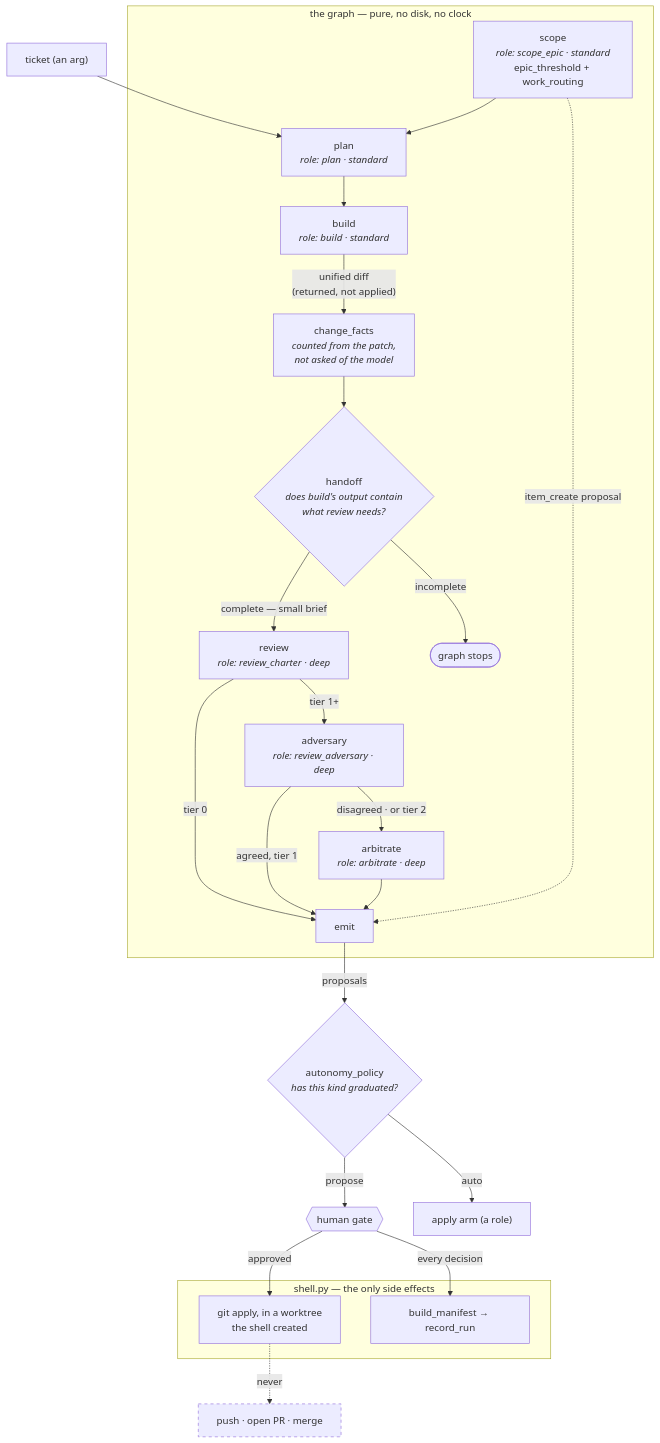
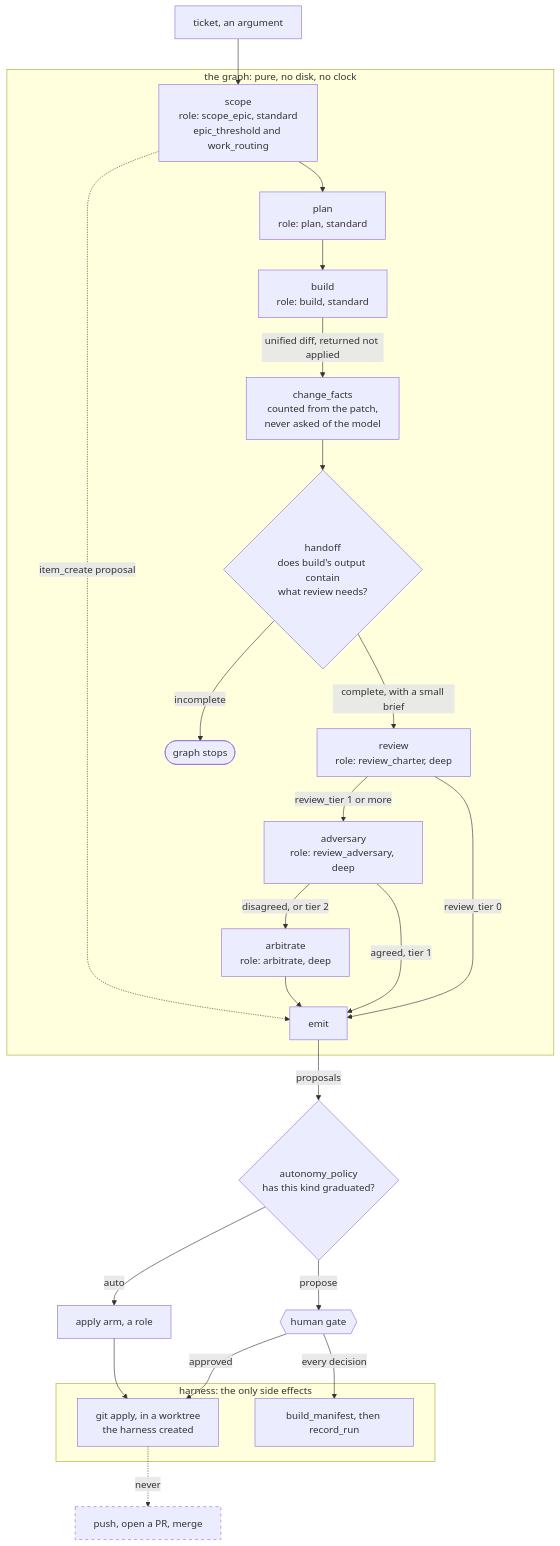
One commit to ppfenning/coxswain-graphs changed the diagram in graphs/delivery/lifecycle-propose.md. Above: the diagram before and after it, drawn with Mermaid. The commit also changed 1 other file, not shown here.

Commit message:
docs: the graph specs say harness, not shell.py
lifecycle-propose still drew its side-effect subgraph as "shell.py", which is
now a two-line shim over the harness package. Renamed, and the auto-apply arm
now draws through to the same worktree apply the gate does — it always did,
but the diagram showed the arm dead-ending, which reads as if a graduated kind
lands somewhere else.

Both specs drop <i> markup from node labels. It carried no meaning that the
line breaks did not already carry, and italics are the construct most likely
to differ between renderer versions.

Claude-Session: https://claude.ai/code/session_01L1UMHg1oeKkZDnTgFQYH8T

````diff
--- a/graphs/delivery/lifecycle-propose.md
+++ b/graphs/delivery/lifecycle-propose.md
@@ -28,46 +28,47 @@
 ```mermaid
 flowchart TB
-    TICKET["ticket (an arg)"] --> PLAN
+    TICKET["ticket, an argument"] --> SCOPE
 
-    subgraph GRAPH["the graph — pure, no disk, no clock"]
-        SCOPE["scope<br/><i>role: scope_epic · standard</i><br/>epic_threshold + work_routing"]
-        PLAN["plan<br/><i>role: plan · standard</i>"]
-        BUILD["build<br/><i>role: build · standard</i>"]
-        REVIEW["review<br/><i>role: review_charter · deep</i>"]
-        FACTS["change_facts<br/><i>counted from the patch,<br/>not asked of the model</i>"]
+    subgraph GRAPH["the graph: pure, no disk, no clock"]
+        SCOPE["scope<br/>role: scope_epic, standard<br/>epic_threshold and work_routing"]
+        PLAN["plan<br/>role: plan, standard"]
+        BUILD["build<br/>role: build, standard"]
+        FACTS["change_facts<br/>counted from the patch,<br/>never asked of the model"]
+        HANDOFF{"handoff<br/>does build's output contain<br/>what review needs?"}
+        REVIEW["review<br/>role: review_charter, deep"]
+        ADV["adversary<br/>role: review_adversary, deep"]
+        ARB["arbitrate<br/>role: arbitrate, deep"]
         EMIT["emit"]
-
-        HANDOFF{"handoff<br/><i>does build's output contain<br/>what review needs?</i>"}
-        ADV["adversary<br/><i>role: review_adversary · deep</i>"]
-        ARB["arbitrate<br/><i>role: arbitrate · deep</i>"]
+        STOP(["graph stops"])
 
         SCOPE --> PLAN
         PLAN --> BUILD
-        BUILD -- "unified diff<br/>(returned, not applied)" --> FACTS
+        BUILD -- "unified diff, returned not applied" --> FACTS
         FACTS --> HANDOFF
-        HANDOFF -- "incomplete" --> STOP(["graph stops"])
-        HANDOFF -- "complete — small brief" --> REVIEW
-        REVIEW -- "tier 0" --> EMIT
-        REVIEW -- "tier 1+" --> ADV
+        HANDOFF -- "incomplete" --> STOP
+        HANDOFF -- "complete, with a small brief" --> REVIEW
+        REVIEW -- "review_tier 0" --> EMIT
+        REVIEW -- "review_tier 1 or more" --> ADV
         ADV -- "agreed, tier 1" --> EMIT
-        ADV -- "disagreed · or tier 2" --> ARB
+        ADV -- "disagreed, or tier 2" --> ARB
         ARB --> EMIT
         SCOPE -. "item_create proposal" .-> EMIT
     end
 
-    EMIT -- "proposals" --> POLICY{"autonomy_policy<br/><i>has this kind graduated?</i>"}
+    EMIT -- "proposals" --> POLICY{"autonomy_policy<br/>has this kind graduated?"}
     POLICY -- "propose" --> GATE{{"human gate"}}
-    POLICY -- "auto" --> ARM["apply arm (a role)"]
+    POLICY -- "auto" --> ARM["apply arm, a role"]
 
-    subgraph SHELL["shell.py — the only side effects"]
-        APPLY["git apply, in a worktree<br/>the shell created"]
-        RECORD["build_manifest → record_run"]
+    subgraph HARNESS["harness: the only side effects"]
+        APPLY["git apply, in a worktree<br/>the harness created"]
+        RECORD["build_manifest, then record_run"]
     end
 
     GATE -- "approved" --> APPLY
+    ARM --> APPLY
     GATE -- "every decision" --> RECORD
 
-    APPLY -.->|"never"| PUSH["push · open PR · merge"]
+    APPLY -. "never" .-> PUSH["push, open a PR, merge"]
 
     style PUSH stroke-dasharray: 5 5
 ```
````
